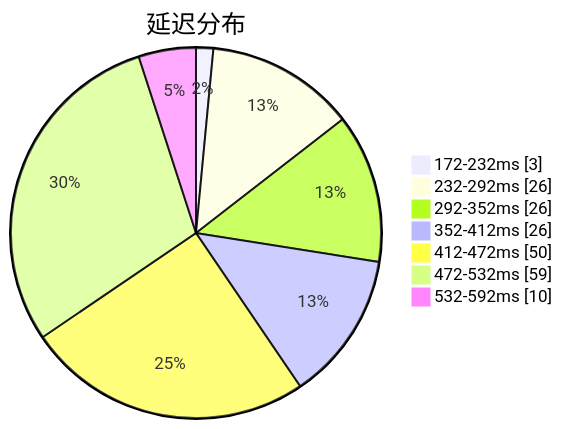
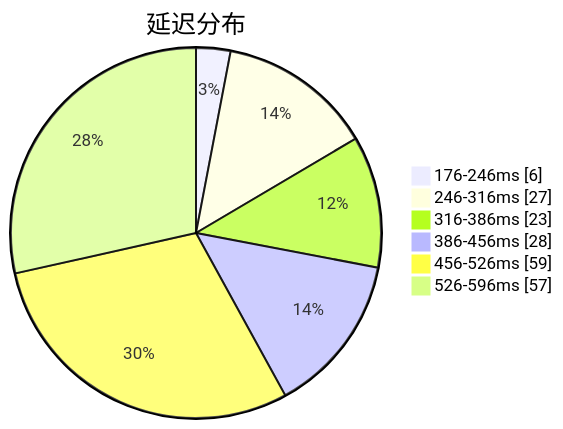
Before and after one commit to qjlxg/airport: the first of 3 diagrams in subs/statistics/tested_within.md, drawn with Mermaid. The commit also changed other lines of this file and 2 other files, not shown here.

````diff
--- a/subs/statistics/tested_within.md
+++ b/subs/statistics/tested_within.md
@@ -2,11 +2,10 @@
 ```mermaid
 pie showData
 title 延迟分布
-"172-232ms" : 3
-"232-292ms" : 26
-"292-352ms" : 26
-"352-412ms" : 26
-"412-472ms" : 50
-"472-532ms" : 59
-"532-592ms" : 10
+"176-246ms" : 6
+"246-316ms" : 27
+"316-386ms" : 23
+"386-456ms" : 28
+"456-526ms" : 59
+"526-596ms" : 57
 ```
````
